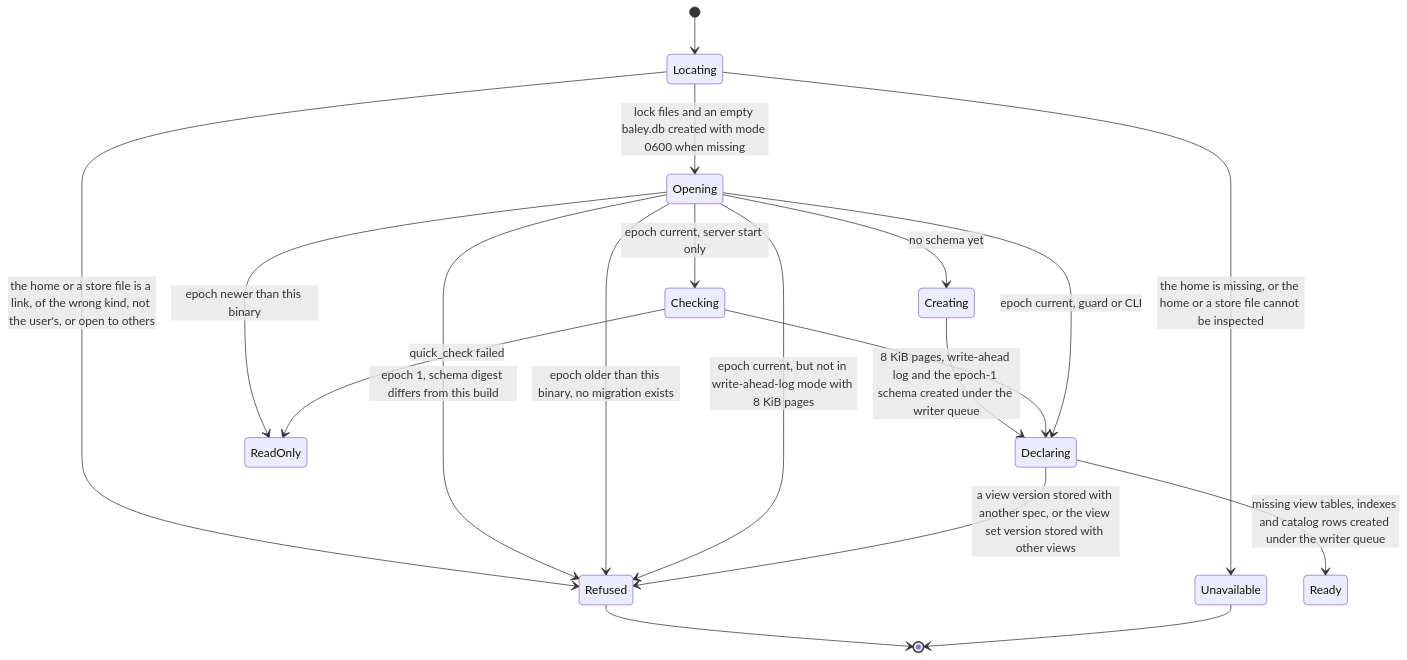
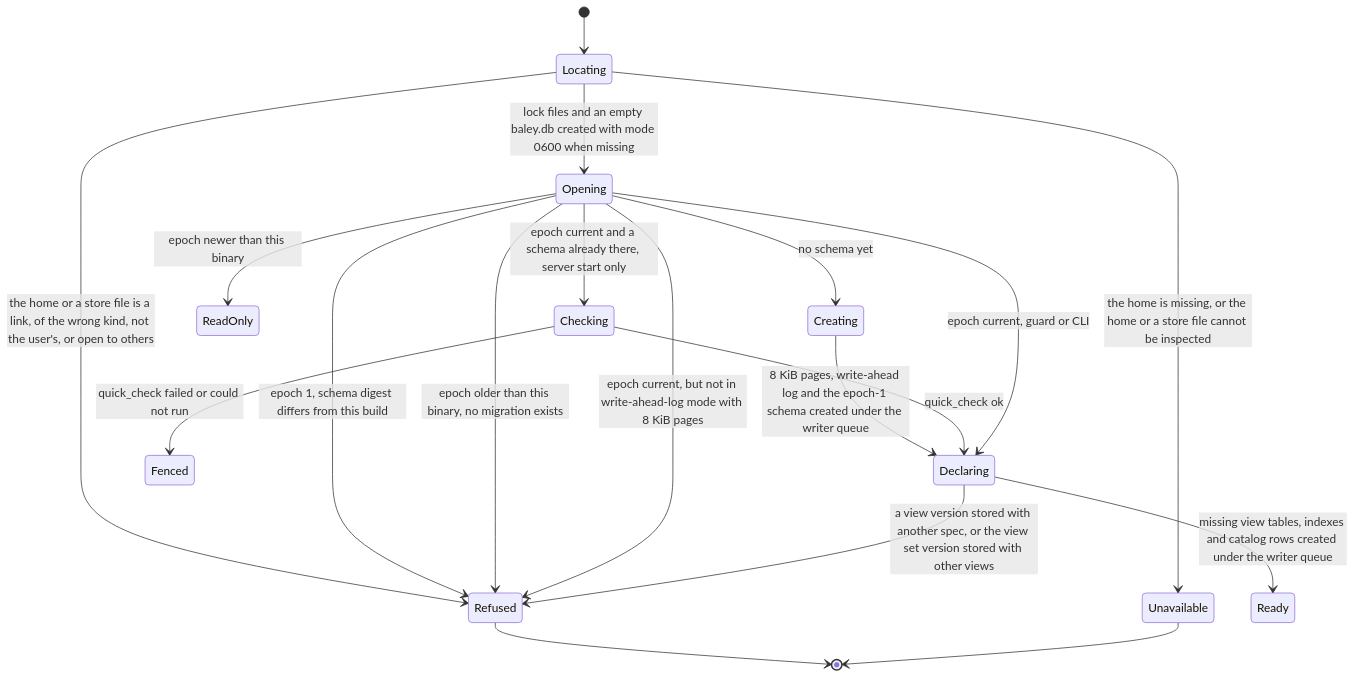
Diagram 12 of 14 in docs/design/0001-evidence-ledger.md (crenshawdev/baley), drawn with Mermaid before and after one commit. The commit also changed other lines of this file, not shown here.

First line of the commit message:
docs(design): describe a session server's store opening, quick_check fence and exit checkpoint in the ledger design

````diff
--- a/docs/design/0001-evidence-ledger.md
+++ b/docs/design/0001-evidence-ledger.md
@@ -1110,21 +1110,21 @@
 ```mermaid
 stateDiagram-v2
   [*] --> Locating
   Locating --> Refused : the home or a store file is a link, of the wrong kind, not the user's, or open to others
   Locating --> Unavailable : the home is missing, or the home or a store file cannot be inspected
   Locating --> Opening : lock files and an empty baley.db created with mode 0600 when missing
   Opening --> Creating : no schema yet
   Creating --> Declaring : 8 KiB pages, write-ahead log and the epoch-1 schema created under the writer queue
   Opening --> Refused : epoch 1, schema digest differs from this build
   Opening --> ReadOnly : epoch newer than this binary
   Opening --> Refused : epoch older than this binary, no migration exists
   Opening --> Refused : epoch current, but not in write-ahead-log mode with 8 KiB pages
-  Opening --> Checking : epoch current, server start only
-  Checking --> Declaring
-  Checking --> ReadOnly : quick_check failed
+  Opening --> Checking : epoch current and a schema already there, server start only
+  Checking --> Declaring : quick_check ok
+  Checking --> Fenced : quick_check failed or could not run
   Opening --> Declaring : epoch current, guard or CLI
   Declaring --> Refused : a view version stored with another spec, or the view set version stored with other views
   Declaring --> Ready : missing view tables, indexes and catalog rows created under the writer queue
   Refused --> [*]
   Unavailable --> [*]
 ```
````
